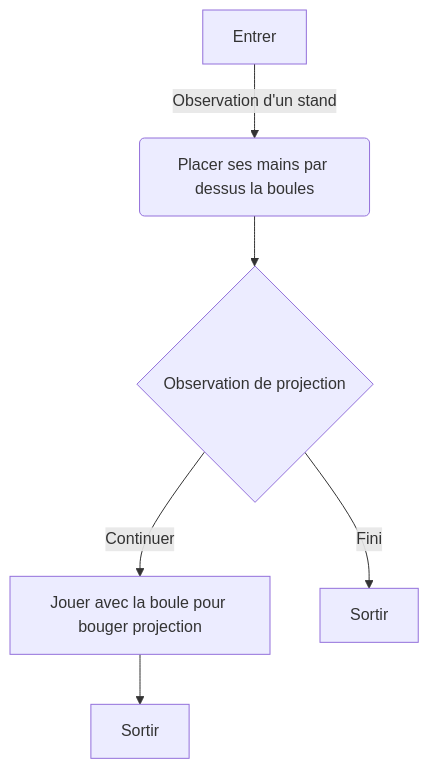
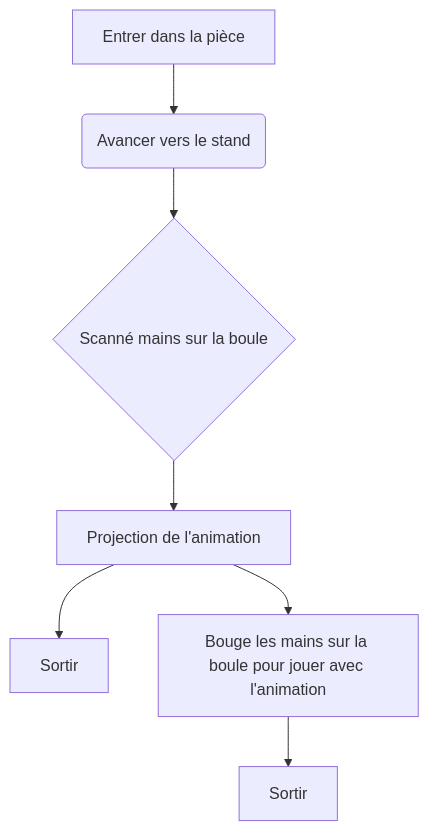
Before and after one commit to Sitmonternna/scenariser_interactif: the diagram in README.md, drawn with Mermaid. The commit also changed other lines of this file, not shown here.

````diff
--- a/README.md
+++ b/README.md
@@ -15,8 +15,9 @@
 ```mermaid
 flowchart TD
-    A[Entrer] -->|Observation d'un stand| B(Placer ses mains par dessus la boules)
-    B --> C{Observation de projection}
-    C -->|Continuer| D[Jouer avec la boule pour bouger projection]
-    C -->|Fini| E[Sortir]
+   A[Entrer dans la pièce] --> B(Avancer vers le stand)
+    B --> C{Scanné mains sur la boule}
+    C -->D[Projection de l'animation]
     D -->F[Sortir]
+    D -->E[Bouge les mains sur la boule pour jouer avec l'animation]
+    E -->G[Sortir]
 ```
````
